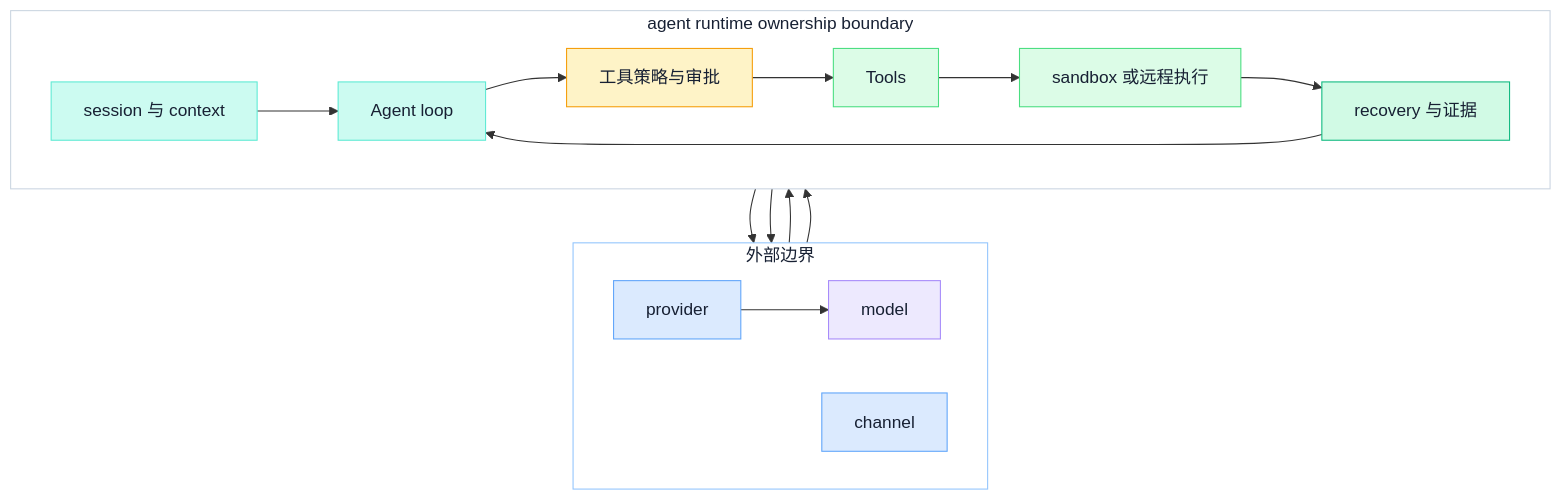
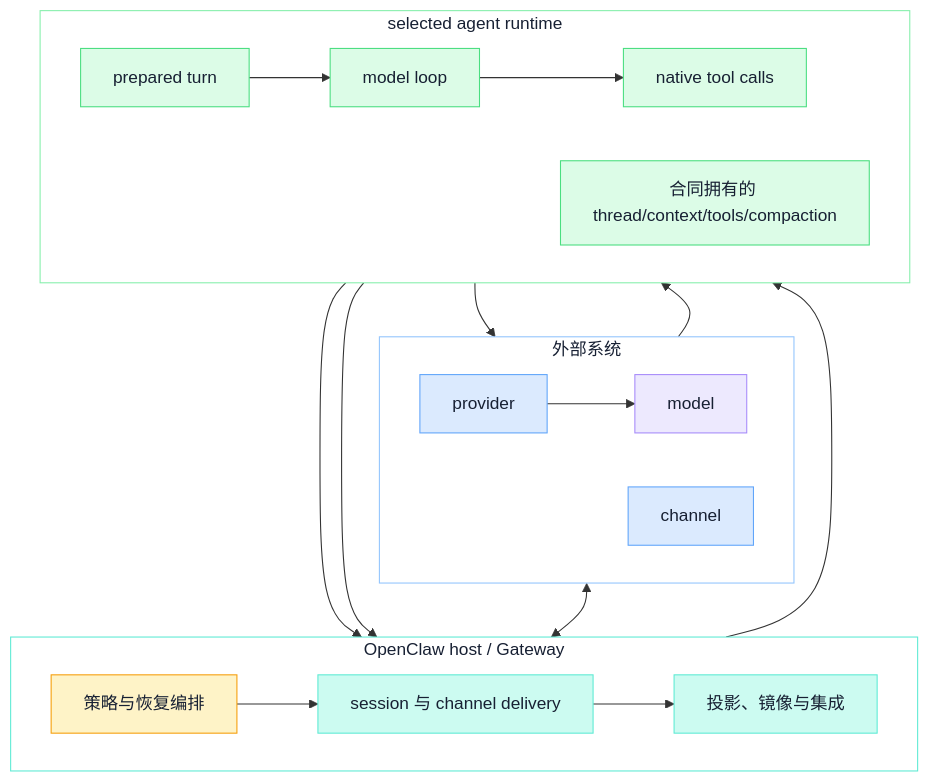
One commit to ink-hz/AI-Agent-Platform changed the third of 3 diagrams in backend/app/ai_notes/content/03-tools-and-frameworks/02-open-source-agent-runtime.md. Above: the diagram before and after it, drawn with Mermaid. The commit also changed other lines of this file and 2 other files, not shown here.

Commit message:
fix(ai-notes): clarify open source runtime boundaries

````diff
--- a/backend/app/ai_notes/content/03-tools-and-frameworks/02-open-source-agent-runtime.md
+++ b/backend/app/ai_notes/content/03-tools-and-frameworks/02-open-source-agent-runtime.md
@@ -168,44 +172,46 @@
 ```mermaid
 flowchart TB
     accTitle: Agent 运行时能力边界
-    accDescr: provider 与 model 提供推理，channel 承载消息，runtime 拥有上下文、策略、工具与恢复证据。
+    accDescr: OpenClaw host 和 selected agent runtime 相邻协作，平台会话与投递不被误算成模型运行循环的内部状态。
 
-    subgraph EXTERNAL["外部边界"]
+    subgraph EXTERNAL["外部系统"]
         direction LR
         P[provider]
         M[model]
         C[channel]
     end
-    subgraph RUNTIME["agent runtime ownership boundary"]
+    subgraph HOST["OpenClaw host / Gateway"]
         direction LR
-        S[session 与 context]
-        L[Agent loop]
-        G[工具策略与审批]
-        T[Tools]
-        X[sandbox 或远程执行]
-        R[recovery 与证据]
+        H1[session 与 channel delivery]
+        H2[策略与恢复编排]
+        H3[投影、镜像与集成]
+    end
+    subgraph SELECTED["selected agent runtime"]
+        direction LR
+        R1[prepared turn]
+        R2[model loop]
+        R3[native tool calls]
+        R4[合同拥有的 thread/context/tools/compaction]
     end
 
-    C --> S
-    S --> L
-    L --> P --> M
-    M --> L
-    L --> G --> T --> X
-    X --> R --> L
-    R --> C
+    C <--> H1
+    H1 --> H3 --> R1 --> R2
+    R2 --> P --> M --> R2
+    R2 --> R3 --> H2
+    H2 --> H1
+    R4 --> H3
 
     classDef external fill:#DBEAFE,stroke:#60A5FA,color:#172033;
-    classDef state fill:#CCFBF1,stroke:#5EEAD4,color:#172033;
+    classDef host fill:#CCFBF1,stroke:#5EEAD4,color:#172033;
     classDef model fill:#EDE9FE,stroke:#A78BFA,color:#172033;
+    classDef runtime fill:#DCFCE7,stroke:#4ADE80,color:#172033;
     classDef policy fill:#FEF3C7,stroke:#F59E0B,color:#172033;
-    classDef tool fill:#DCFCE7,stroke:#4ADE80,color:#172033;
-    classDef evidence fill:#D1FAE5,stroke:#10B981,color:#172033;
     class P,C external;
     class M model;
-    class S,L state;
-    class G policy;
-    class T,X tool;
-    class R evidence;
+    class H1,H3 host;
+    class H2 policy;
+    class R1,R2,R3,R4 runtime;
     style EXTERNAL fill:#FFFFFF,stroke:#93C5FD,color:#172033;
-    style RUNTIME fill:#FFFFFF,stroke:#CBD5E1,color:#172033;
+    style HOST fill:#FFFFFF,stroke:#5EEAD4,color:#172033;
+    style SELECTED fill:#FFFFFF,stroke:#86EFAC,color:#172033;
 ```
````
